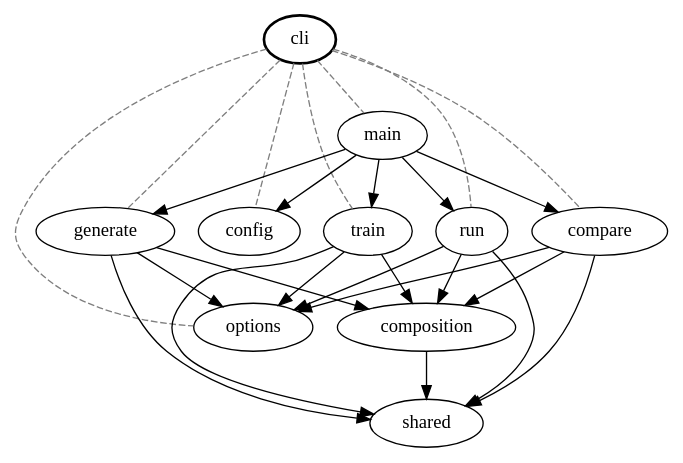
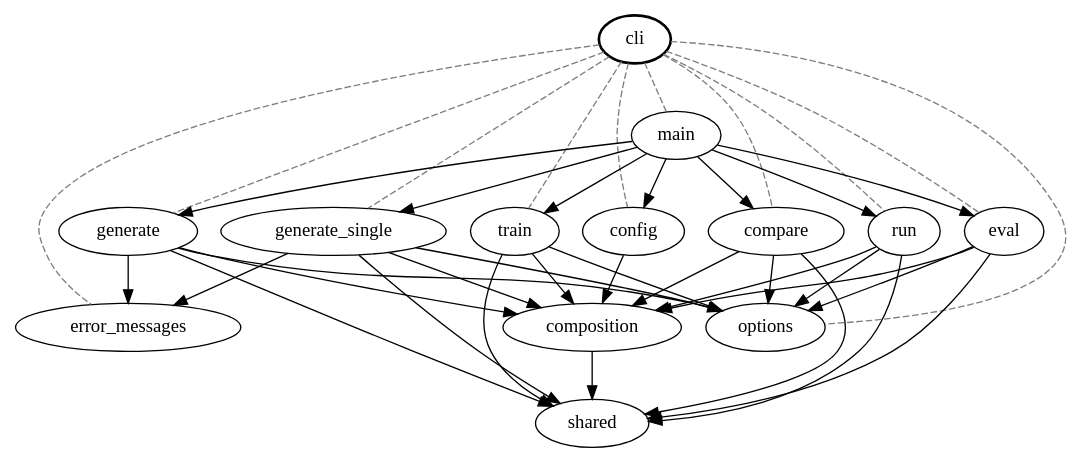
The diagram in docs/neuralls/diagrams/cli.dot (constatza/dl-experiments), drawn with Graphviz before and after one commit. The commit also changed 6 other files, not shown here.

First line of the commit message:
docs(neuralls): regenerate dependency graphs from current source

```diff
--- a/docs/neuralls/diagrams/cli.dot
+++ b/docs/neuralls/diagrams/cli.dot
@@ -1,37 +1,54 @@
 digraph {
 "neuralls.cli" [label="cli" style="bold"];
+"neuralls.cli.compare" [label="compare"];
+"neuralls.cli.config" [label="config"];
+"neuralls.cli.error_messages" [label="error_messages"];
+"neuralls.cli.eval" [label="eval"];
+"neuralls.cli.generate" [label="generate"];
+"neuralls.cli.generate_single" [label="generate_single"];
 "neuralls.cli.main" [label="main"];
-"neuralls.cli.config" [label="config"];
-"neuralls.cli.generate" [label="generate"];
+"neuralls.cli.options" [label="options"];
+"neuralls.cli.run" [label="run"];
 "neuralls.cli.train" [label="train"];
-"neuralls.cli.run" [label="run"];
-"neuralls.cli.compare" [label="compare"];
-"neuralls.cli.options" [label="options"];
 "neuralls.composition" [label="composition"];
 "neuralls.shared" [label="shared"];
+"neuralls.cli" -> "neuralls.cli.compare" [style="dashed" color="gray50" arrowhead="none"];
+"neuralls.cli" -> "neuralls.cli.config" [style="dashed" color="gray50" arrowhead="none"];
+"neuralls.cli" -> "neuralls.cli.error_messages" [style="dashed" color="gray50" arrowhead="none"];
+"neuralls.cli" -> "neuralls.cli.eval" [style="dashed" color="gray50" arrowhead="none"];
+"neuralls.cli" -> "neuralls.cli.generate" [style="dashed" color="gray50" arrowhead="none"];
+"neuralls.cli" -> "neuralls.cli.generate_single" [style="dashed" color="gray50" arrowhead="none"];
 "neuralls.cli" -> "neuralls.cli.main" [style="dashed" color="gray50" arrowhead="none"];
-"neuralls.cli" -> "neuralls.cli.config" [style="dashed" color="gray50" arrowhead="none"];
-"neuralls.cli" -> "neuralls.cli.generate" [style="dashed" color="gray50" arrowhead="none"];
+"neuralls.cli" -> "neuralls.cli.options" [style="dashed" color="gray50" arrowhead="none"];
+"neuralls.cli" -> "neuralls.cli.run" [style="dashed" color="gray50" arrowhead="none"];
 "neuralls.cli" -> "neuralls.cli.train" [style="dashed" color="gray50" arrowhead="none"];
-"neuralls.cli" -> "neuralls.cli.run" [style="dashed" color="gray50" arrowhead="none"];
-"neuralls.cli" -> "neuralls.cli.compare" [style="dashed" color="gray50" arrowhead="none"];
-"neuralls.cli" -> "neuralls.cli.options" [style="dashed" color="gray50" arrowhead="none"];
-"neuralls.cli.main" -> "neuralls.cli.config";
-"neuralls.cli.main" -> "neuralls.cli.generate";
-"neuralls.cli.main" -> "neuralls.cli.train";
-"neuralls.cli.main" -> "neuralls.cli.run";
-"neuralls.cli.main" -> "neuralls.cli.compare";
+"neuralls.cli.compare" -> "neuralls.cli.options";
+"neuralls.cli.compare" -> "neuralls.composition";
+"neuralls.cli.compare" -> "neuralls.shared";
+"neuralls.cli.config" -> "neuralls.composition";
+"neuralls.cli.eval" -> "neuralls.cli.options";
+"neuralls.cli.eval" -> "neuralls.composition";
+"neuralls.cli.eval" -> "neuralls.shared";
+"neuralls.cli.generate" -> "neuralls.cli.error_messages";
 "neuralls.cli.generate" -> "neuralls.cli.options";
 "neuralls.cli.generate" -> "neuralls.composition";
 "neuralls.cli.generate" -> "neuralls.shared";
+"neuralls.cli.generate_single" -> "neuralls.cli.error_messages";
+"neuralls.cli.generate_single" -> "neuralls.cli.options";
+"neuralls.cli.generate_single" -> "neuralls.composition";
+"neuralls.cli.generate_single" -> "neuralls.shared";
+"neuralls.cli.main" -> "neuralls.cli.compare";
+"neuralls.cli.main" -> "neuralls.cli.config";
+"neuralls.cli.main" -> "neuralls.cli.eval";
+"neuralls.cli.main" -> "neuralls.cli.generate";
+"neuralls.cli.main" -> "neuralls.cli.generate_single";
+"neuralls.cli.main" -> "neuralls.cli.run";
+"neuralls.cli.main" -> "neuralls.cli.train";
+"neuralls.cli.run" -> "neuralls.cli.options";
+"neuralls.cli.run" -> "neuralls.composition";
+"neuralls.cli.run" -> "neuralls.shared";
 "neuralls.cli.train" -> "neuralls.cli.options";
 "neuralls.cli.train" -> "neuralls.composition";
 "neuralls.cli.train" -> "neuralls.shared";
-"neuralls.cli.run" -> "neuralls.cli.options";
-"neuralls.cli.run" -> "neuralls.composition";
-"neuralls.cli.run" -> "neuralls.shared";
-"neuralls.cli.compare" -> "neuralls.cli.options";
-"neuralls.cli.compare" -> "neuralls.composition";
-"neuralls.cli.compare" -> "neuralls.shared";
 "neuralls.composition" -> "neuralls.shared";
 }
```
